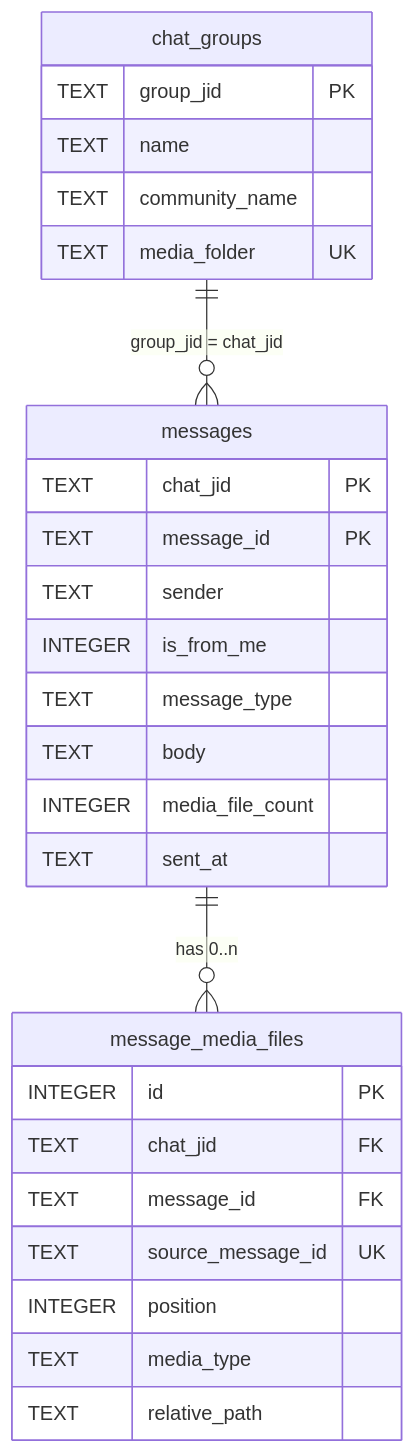
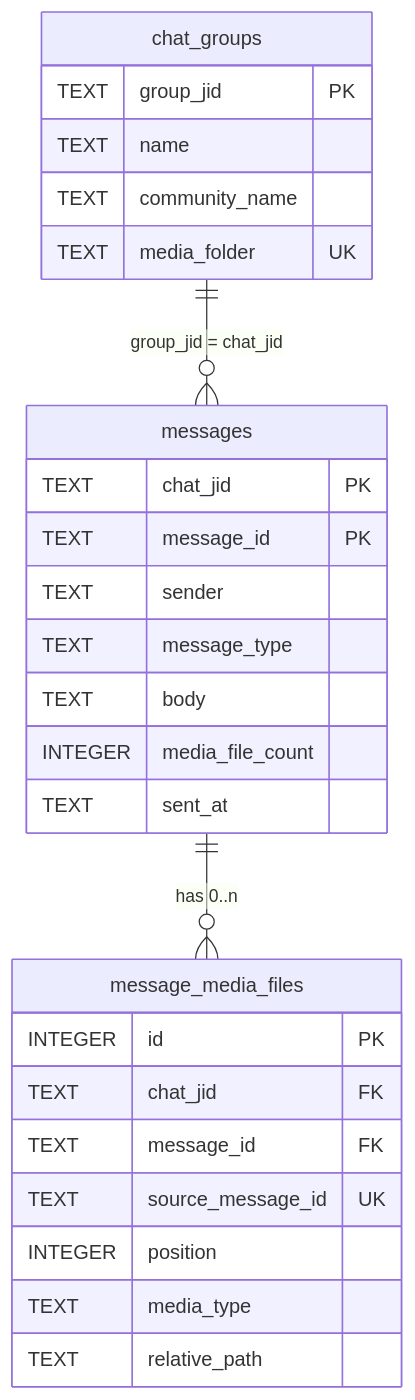
The first of 3 diagrams in docs/DATABASE.md (tongtianqi777/seth-ingestion), drawn with Mermaid before and after one commit. The commit also changed other lines of this file and 9 other files, not shown here.

````diff
--- a/docs/DATABASE.md
+++ b/docs/DATABASE.md
@@ -17,30 +17,29 @@
 ```mermaid
 erDiagram
     chat_groups ||--o{ messages : "group_jid = chat_jid"
     messages ||--o{ message_media_files : "has 0..n"
     chat_groups {
         TEXT group_jid PK
         TEXT name
         TEXT community_name
         TEXT media_folder UK
     }
     messages {
         TEXT chat_jid PK
         TEXT message_id PK
         TEXT sender
-        INTEGER is_from_me
         TEXT message_type
         TEXT body
         INTEGER media_file_count
         TEXT sent_at
     }
     message_media_files {
         INTEGER id PK
         TEXT chat_jid FK
         TEXT message_id FK
         TEXT source_message_id UK
         INTEGER position
         TEXT media_type
         TEXT relative_path
     }
 ```
````
